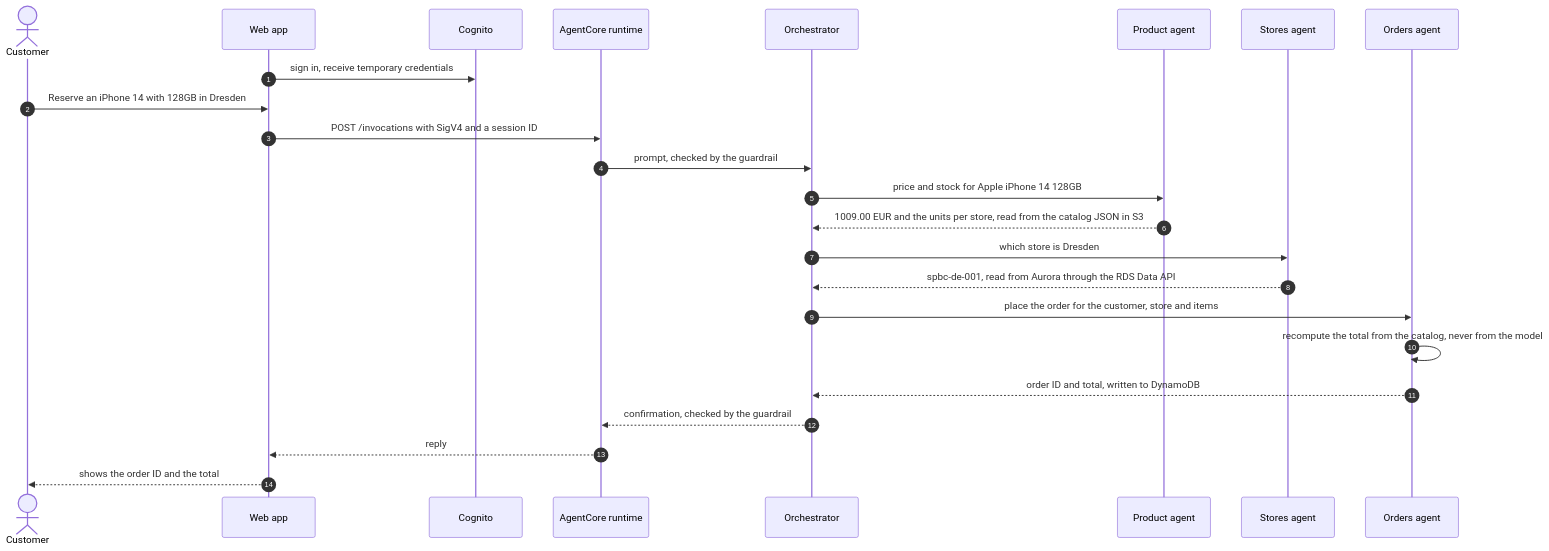
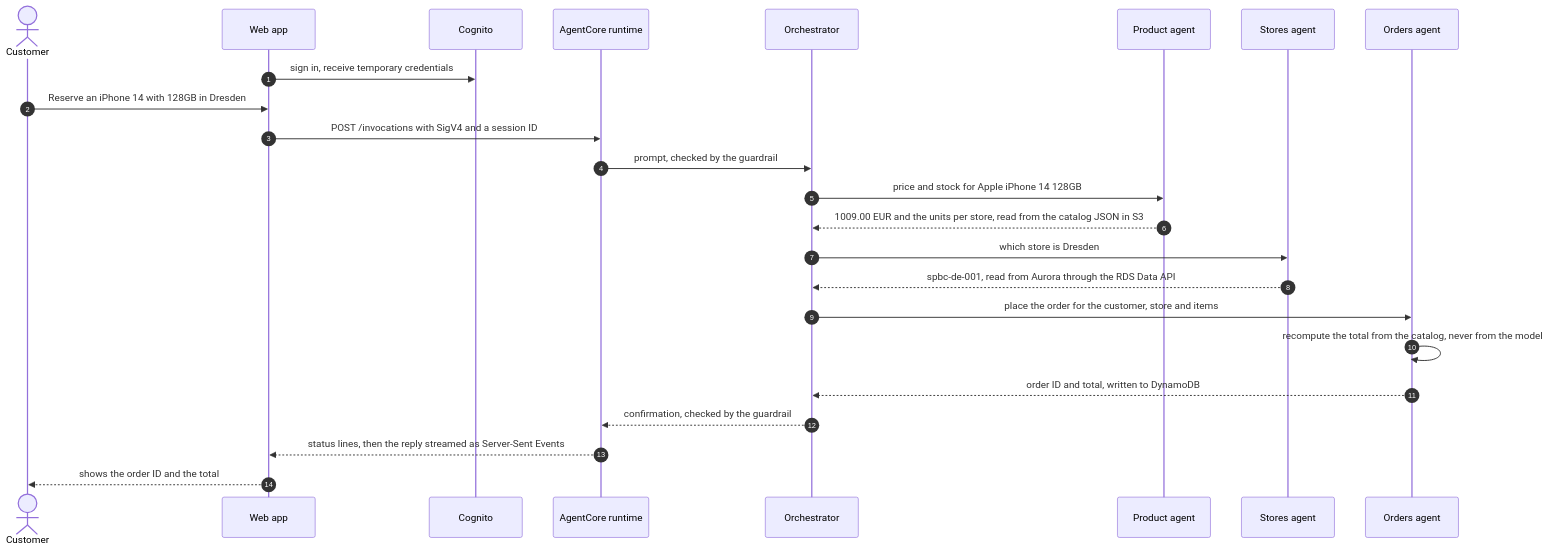
Before and after one commit to uzerGenAi/cyberport-tech-assistant: the second of 3 diagrams in README.md, drawn with Mermaid. The commit also changed other lines of this file and 17 other files, not shown here.

````diff
--- a/README.md
+++ b/README.md
@@ -151,27 +173,27 @@
 ```mermaid
 sequenceDiagram
     autonumber
     actor C as Customer
     participant W as Web app
     participant G as Cognito
     participant R as AgentCore runtime
     participant O as Orchestrator
     participant P as Product agent
     participant S as Stores agent
     participant D as Orders agent
 
     W->>G: sign in, receive temporary credentials
     C->>W: Reserve an iPhone 14 with 128GB in Dresden
     W->>R: POST /invocations with SigV4 and a session ID
     R->>O: prompt, checked by the guardrail
     O->>P: price and stock for Apple iPhone 14 128GB
     P-->>O: 1009.00 EUR and the units per store, read from the catalog JSON in S3
     O->>S: which store is Dresden
     S-->>O: spbc-de-001, read from Aurora through the RDS Data API
     O->>D: place the order for the customer, store and items
     D->>D: recompute the total from the catalog, never from the model
     D-->>O: order ID and total, written to DynamoDB
     O-->>R: confirmation, checked by the guardrail
-    R-->>W: reply
+    R-->>W: status lines, then the reply streamed as Server-Sent Events
     W-->>C: shows the order ID and the total
 ```
````
